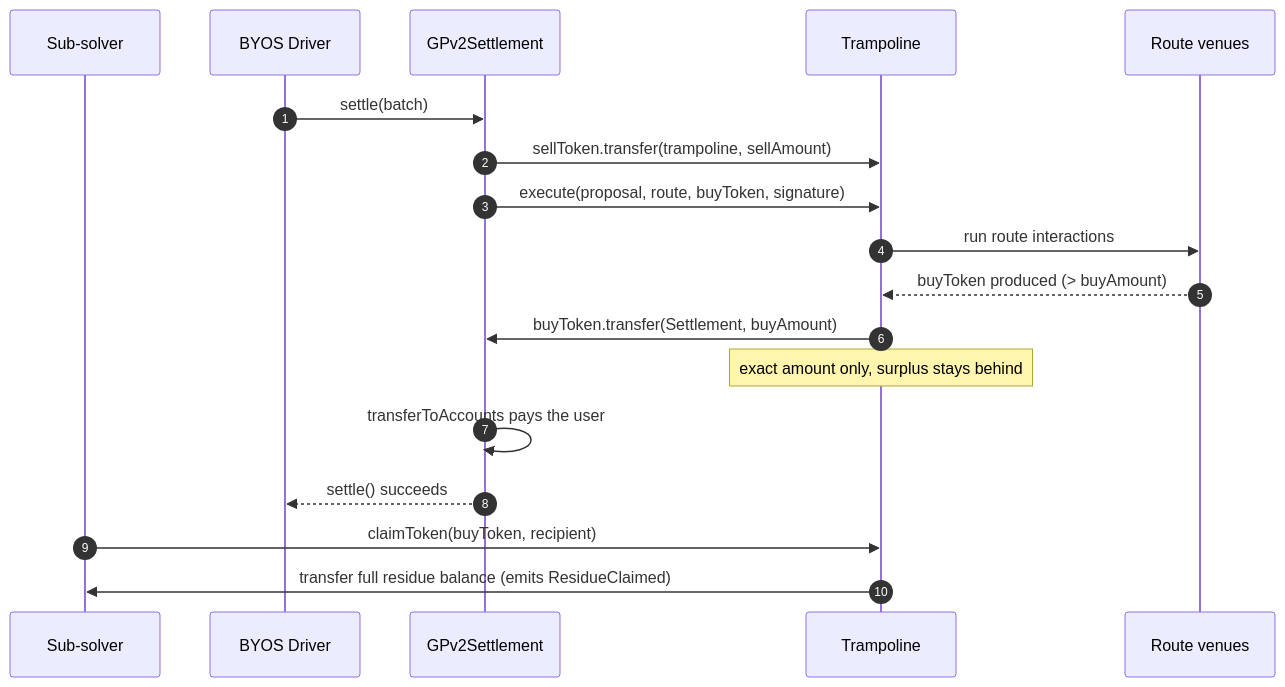
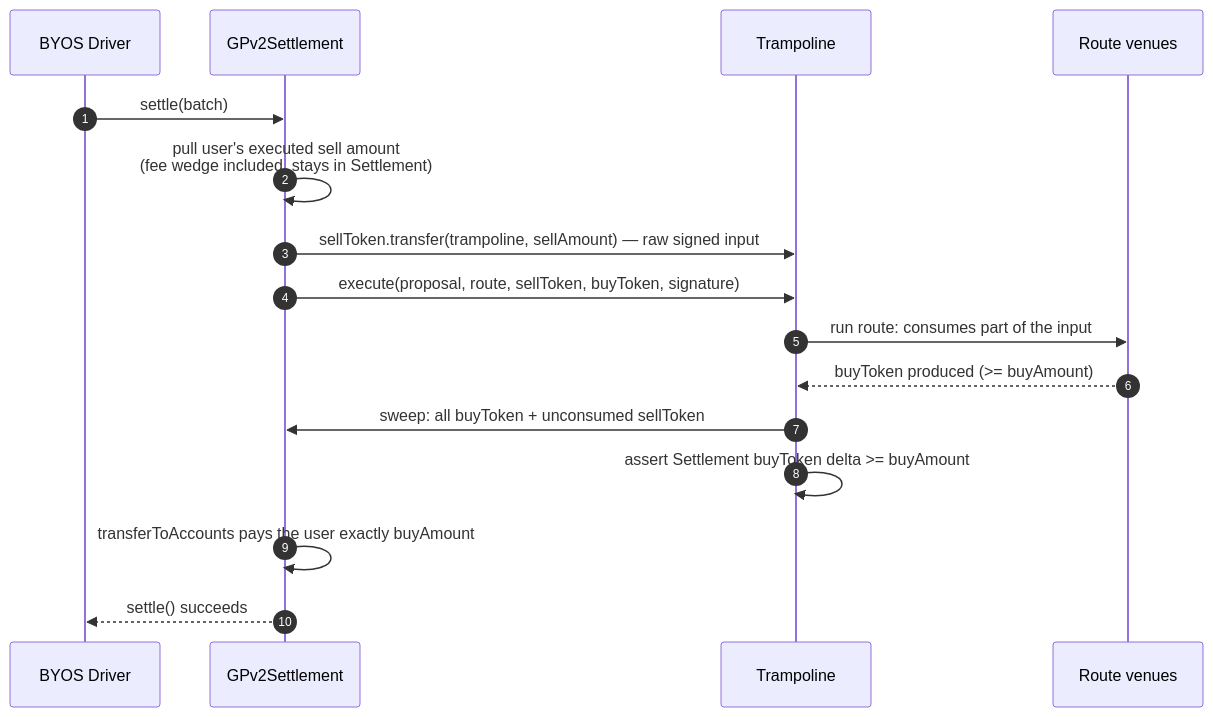
The third of 3 diagrams in docs/order-flow.md (bleu/byos-contracts), drawn with Mermaid before and after one commit. The commit also changed other lines of this file and 17 other files, not shown here.

First line of the commit message:
feat: buyAmount floor, both-token sweep, and settlement custody of surplus (#27)

````diff
--- a/docs/order-flow.md
+++ b/docs/order-flow.md
@@ -90,22 +106,19 @@
 ```mermaid
 sequenceDiagram
     autonumber
-    participant SS as Sub-solver
     participant D as BYOS Driver
     participant S as GPv2Settlement
     participant T as Trampoline
     participant R as Route venues
 
     D->>S: settle(batch)
-    S->>T: sellToken.transfer(trampoline, sellAmount)
-    S->>T: execute(proposal, route, buyToken, signature)
-    T->>R: run route interactions
-    R-->>T: buyToken produced (> buyAmount)
-    T->>S: buyToken.transfer(Settlement, buyAmount)
-    Note over T: exact amount only, surplus stays behind
-    S->>S: transferToAccounts pays the user
+    S->>S: pull user's executed sell amount<br/>(fee wedge included, stays in Settlement)
+    S->>T: sellToken.transfer(trampoline, sellAmount) — raw signed input
+    S->>T: execute(proposal, route, sellToken, buyToken, signature)
+    T->>R: run route: consumes part of the input
+    R-->>T: buyToken produced (>= buyAmount)
+    T->>S: sweep: all buyToken + unconsumed sellToken
+    T->>T: assert Settlement buyToken delta >= buyAmount
+    S->>S: transferToAccounts pays the user exactly buyAmount
     S-->>D: settle() succeeds
-
-    SS->>T: claimToken(buyToken, recipient)
-    T->>SS: transfer full residue balance (emits ResidueClaimed)
 ```
````
